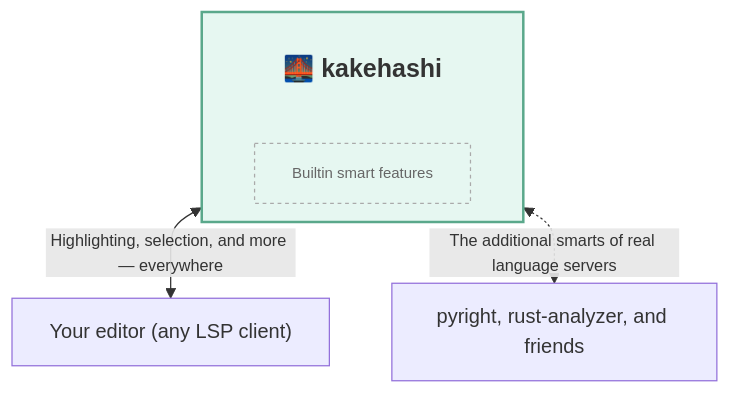
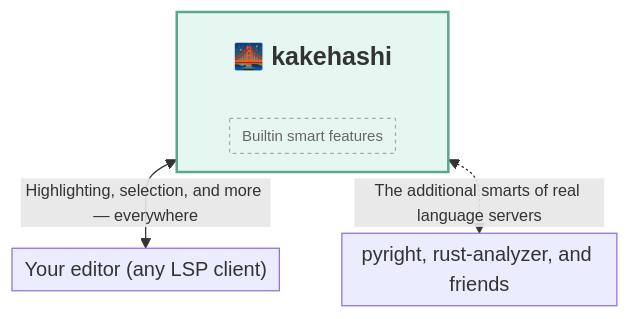
One commit to atusy/kakehashi changed the diagram in README.md. Above: the diagram before and after it, drawn with Mermaid.

Commit message:
docs: reduce README diagram padding
Trim Mermaid's default node padding so the kakehashi container stays compact while retaining its nested visual hierarchy.

````diff
--- a/README.md
+++ b/README.md
@@ -11,20 +11,21 @@
 ```mermaid
 ---
 config:
   flowchart:
+    padding: 5
     rankSpacing: 5
 ---
 flowchart TB
     subgraph K[" "]
         direction TB
         T["🌉 kakehashi"] ~~~ B["Builtin smart features"]
     end
 
     K <--->|Highlighting, selection, and more — everywhere| E["Your editor (any LSP client)"]
     K <-..->|The additional smarts of real language servers| LS["pyright, rust-analyzer, and friends"]
 
     style K fill:#e6f7f1,stroke:#5aa88b,stroke-width:2px
     style T fill:transparent,stroke:transparent,font-size:20px,font-weight:bold
     style B fill:transparent,stroke:#aaa,stroke-dasharray:3 3,color:#666,font-size:12px
     linkStyle 1,2 font-size:13px
 ```
````
